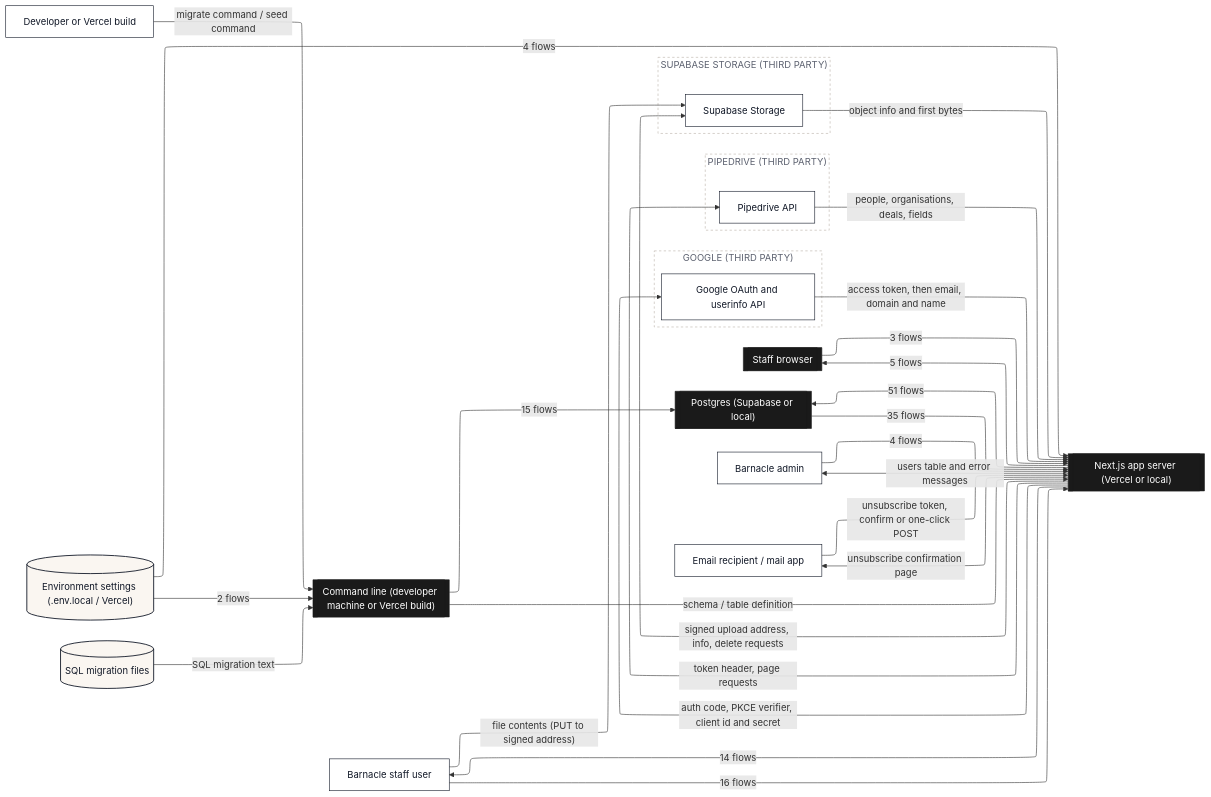
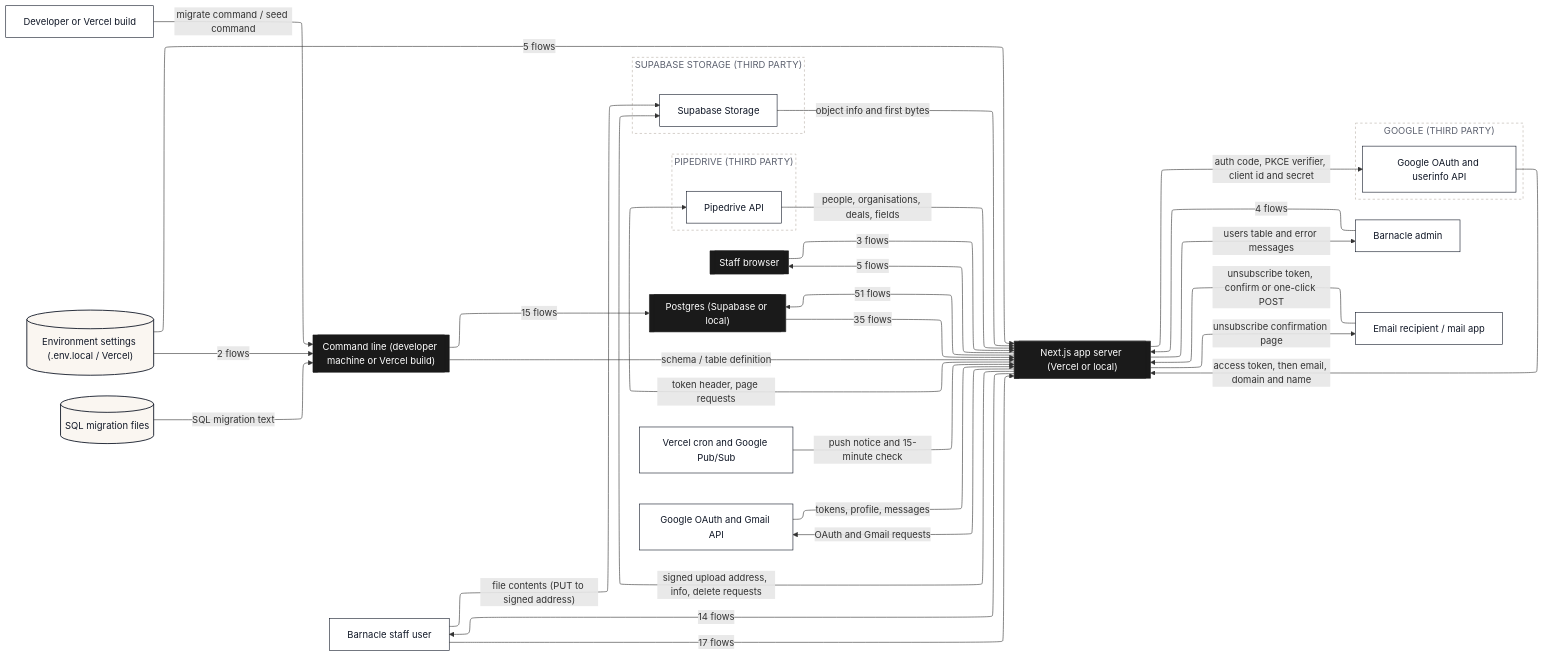
One commit to Romain-Perche/Barnacle-Pipe changed the second of 16 diagrams in dataflow/DATAFLOW.md. Above: the diagram before and after it, drawn with Mermaid. The commit also changed other lines of this file and 6 other files, not shown here.

````diff
--- a/dataflow/DATAFLOW.md
+++ b/dataflow/DATAFLOW.md
@@ -143,61 +153,66 @@
 ```mermaid
 ---
 config:
   layout: elk
 ---
 flowchart LR
     n1[["Next.js app server (Vercel or local)"]]
     n2[["Staff browser"]]
     n3[["Command line (developer machine or Vercel build)"]]
     n4[["Postgres (Supabase or local)"]]
     n5["Barnacle admin"]
-    n6["Developer or Vercel build"]
-    n7["Email recipient / mail app"]
-    n8[("Environment settings (.env.local / Vercel)")]
-    n9[("SQL migration files")]
-    n10["Barnacle staff user"]
+    n6["Vercel cron and Google Pub/Sub"]
+    n7["Developer or Vercel build"]
+    n8["Email recipient / mail app"]
+    n9[("Environment settings (.env.local / Vercel)")]
+    n10["Google OAuth and Gmail API"]
+    n11[("SQL migration files")]
+    n12["Barnacle staff user"]
     subgraph z1["GOOGLE (THIRD PARTY)"]
-        n11["Google OAuth and userinfo API"]
+        n13["Google OAuth and userinfo API"]
     end
     subgraph z2["PIPEDRIVE (THIRD PARTY)"]
-        n12["Pipedrive API"]
+        n14["Pipedrive API"]
     end
     subgraph z3["SUPABASE STORAGE (THIRD PARTY)"]
-        n13["Supabase Storage"]
+        n15["Supabase Storage"]
     end
     n1 -->|"51 flows"| n4
-    n1 -->|"14 flows"| n10
+    n1 -->|"14 flows"| n12
     n4 -->|"35 flows"| n1
     n5 -->|"4 flows"| n1
     n2 -->|"3 flows"| n1
-    n6 -->|"migrate command / seed command"| n3
-    n7 -->|"unsubscribe token, confirm or one-click POST"| n1
-    n8 -->|"4 flows"| n1
-    n8 -->|"2 flows"| n3
+    n6 -->|"push notice and 15-minute check"| n1
+    n7 -->|"migrate command / seed command"| n3
+    n8 -->|"unsubscribe token, confirm or one-click POST"| n1
+    n9 -->|"5 flows"| n1
+    n9 -->|"2 flows"| n3
     n1 -->|"5 flows"| n2
-    n1 -->|"signed upload address, info, delete requests"| n13
-    n1 -->|"auth code, PKCE verifier, client id and secret"| n11
-    n11 -->|"access token, then email, domain and name"| n1
+    n1 -->|"signed upload address, info, delete requests"| n15
+    n10 -->|"tokens, profile, messages"| n1
+    n1 -->|"OAuth and Gmail requests"| n10
+    n1 -->|"auth code, PKCE verifier, client id and secret"| n13
+    n13 -->|"access token, then email, domain and name"| n1
     n3 -->|"15 flows"| n4
     n3 -->|"schema / table definition"| n1
-    n9 -->|"SQL migration text"| n3
-    n12 -->|"people, organisations, deals, fields"| n1
-    n1 -->|"token header, page requests"| n12
-    n10 -->|"16 flows"| n1
-    n10 -->|"file contents (PUT to signed address)"| n13
-    n13 -->|"object info and first bytes"| n1
-    n1 -->|"unsubscribe confirmation page"| n7
+    n11 -->|"SQL migration text"| n3
+    n14 -->|"people, organisations, deals, fields"| n1
+    n1 -->|"token header, page requests"| n14
+    n12 -->|"17 flows"| n1
+    n12 -->|"file contents (PUT to signed address)"| n15
+    n15 -->|"object info and first bytes"| n1
+    n1 -->|"unsubscribe confirmation page"| n8
     n1 -->|"users table and error messages"| n5
     classDef actor fill:#FFFFFF,stroke:#111827,stroke-width:1px,color:#111827
     classDef process fill:#EDEAFF,stroke:#2B00FF,stroke-width:1.5px,color:#111827
     classDef store fill:#FAF6F1,stroke:#111827,stroke-width:1.5px,color:#111827
     classDef zone fill:#1A1A1A,stroke:#1A1A1A,color:#FFFFFF
     classDef group fill:#2B00FF,stroke:#2B00FF,color:#FFFFFF
     classDef stub fill:#FFFFFF,stroke:#2B00FF,stroke-width:1.5px,stroke-dasharray:5 4,color:#2B00FF
-    class n5,n6,n7,n10,n11,n12,n13 actor
-    class n8,n9 store
+    class n5,n6,n7,n8,n10,n12,n13,n14,n15 actor
+    class n9,n11 store
     class n1,n2,n3,n4 zone
     style z1 fill:#FFFFFF,stroke:#B9B2A8,stroke-dasharray:4 4,color:#5D6270
     style z2 fill:#FFFFFF,stroke:#B9B2A8,stroke-dasharray:4 4,color:#5D6270
     style z3 fill:#FFFFFF,stroke:#B9B2A8,stroke-dasharray:4 4,color:#5D6270
 ```
````
